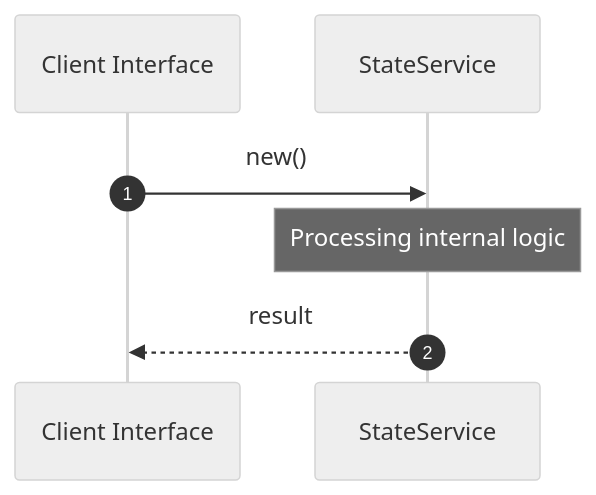
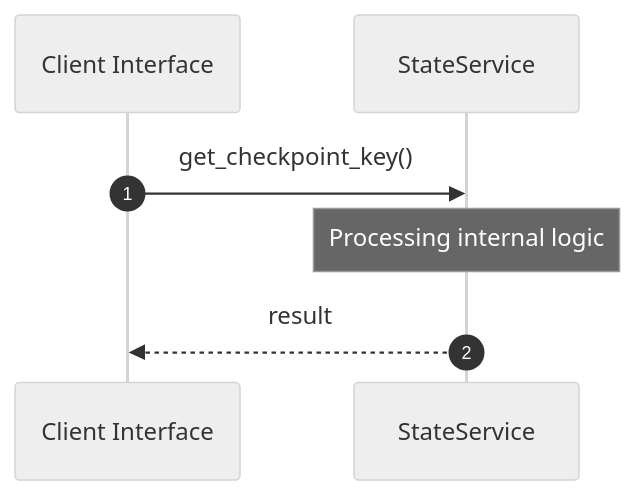
Before and after one commit to lgcorzo/rust_CACD_autonomous_factory: the second of 2 diagrams in openwiki/crates_factory-application_src_bridge_state_rs.md, drawn with Mermaid (neutral theme). The commit also changed other lines of this file and 76 other files, not shown here.

````diff
--- a/openwiki/crates_factory-application_src_bridge_state_rs.md
+++ b/openwiki/crates_factory-application_src_bridge_state_rs.md
@@ -222,10 +222,10 @@
 ```mermaid
 sequenceDiagram
     autonumber
     participant Caller as Client Interface
     participant Svc as StateService
-    Caller->>Svc: new()
+    Caller->>Svc: get_checkpoint_key()
     Note over Svc: Processing internal logic
     Svc-->>Caller: result
 
 ```
````
